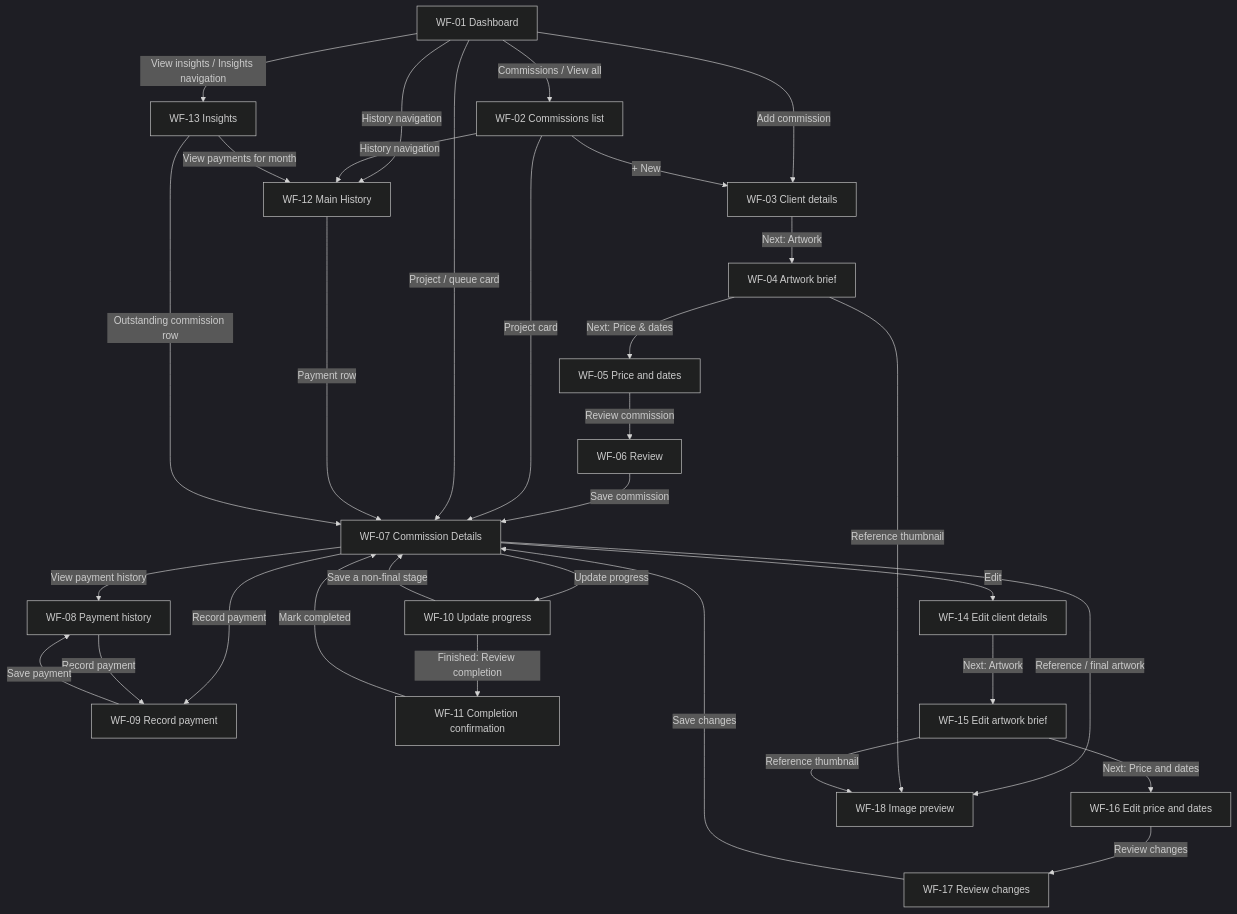
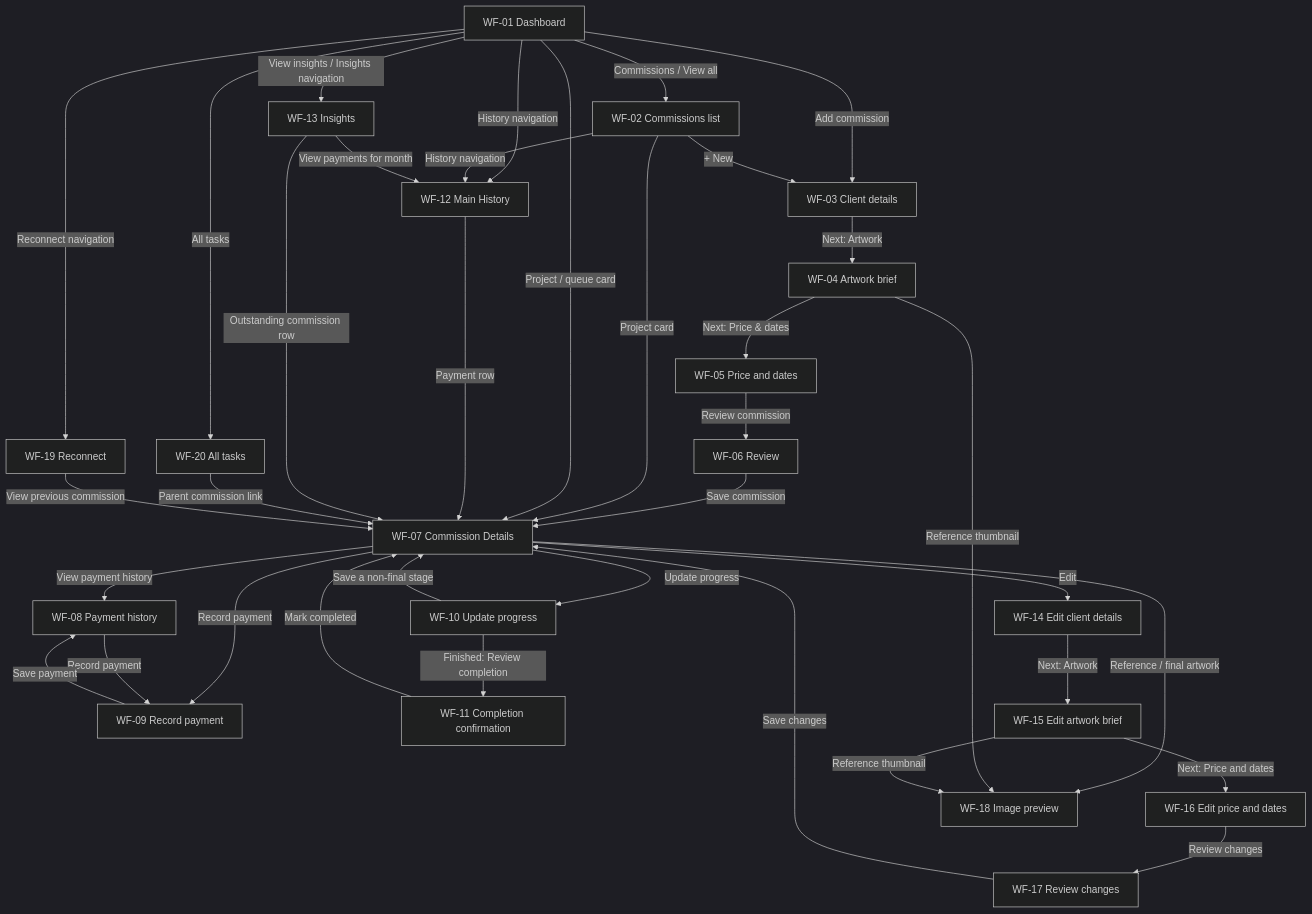
The diagram in layout.md (yezdenz/obra), drawn with Mermaid (dark theme) before and after one commit. The commit also changed other lines of this file and 33 other files, not shown here.

````diff
--- a/layout.md
+++ b/layout.md
@@ -56,34 +80,38 @@
 ```mermaid
 flowchart TD
     Home[WF-01 Dashboard] -->|Commissions / View all| List[WF-02 Commissions list]
     Home -->|Add commission| Client[WF-03 Client details]
     List -->|+ New| Client
     Client -->|Next: Artwork| Artwork[WF-04 Artwork brief]
     Artwork -->|Next: Price & dates| Price[WF-05 Price and dates]
     Price -->|Review commission| Review[WF-06 Review]
     Review -->|Save commission| Detail[WF-07 Commission Details]
     List -->|Project card| Detail
     Home -->|Project / queue card| Detail
     Home -->|History navigation| History[WF-12 Main History]
     List -->|History navigation| History
     History -->|Payment row| Detail
     Home -->|View insights / Insights navigation| Insights[WF-13 Insights]
     Insights -->|View payments for month| History
     Insights -->|Outstanding commission row| Detail
     Detail -->|View payment history| Payments[WF-08 Payment history]
     Detail -->|Record payment| Entry[WF-09 Record payment]
     Payments -->|Record payment| Entry
     Entry -->|Save payment| Payments
     Detail -->|Update progress| Progress[WF-10 Update progress]
     Progress -->|Save a non-final stage| Detail
     Progress -->|Finished: Review completion| Finish[WF-11 Completion confirmation]
     Finish -->|Mark completed| Detail
     Detail -->|Edit| EditClient[WF-14 Edit client details]
     EditClient -->|Next: Artwork| EditArtwork[WF-15 Edit artwork brief]
     EditArtwork -->|Next: Price and dates| EditDates[WF-16 Edit price and dates]
     EditDates -->|Review changes| EditReview[WF-17 Review changes]
     EditReview -->|Save changes| Detail
     Detail -->|Reference / final artwork| Viewer[WF-18 Image preview]
     Artwork -->|Reference thumbnail| Viewer
     EditArtwork -->|Reference thumbnail| Viewer
+    Home -->|All tasks| Tasks[WF-20 All tasks]
+    Tasks -->|Parent commission link| Detail
+    Home -->|Reconnect navigation| Reconnect[WF-19 Reconnect]
+    Reconnect -->|View previous commission| Detail
 ```
````
